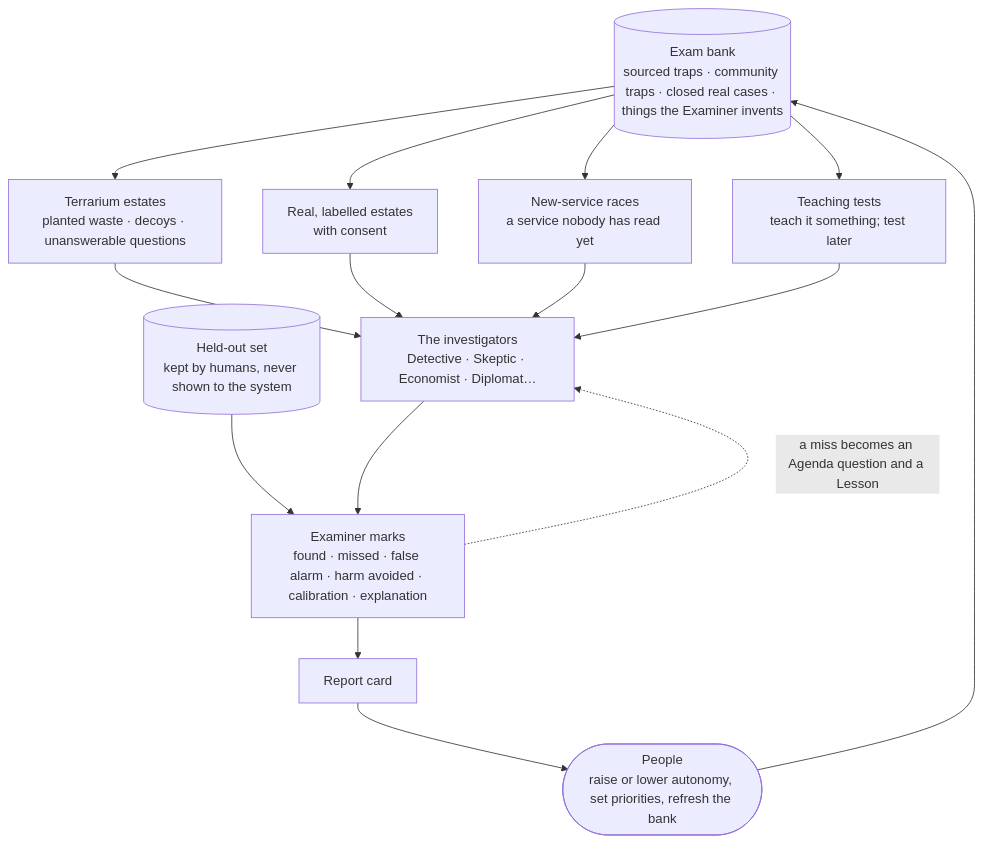
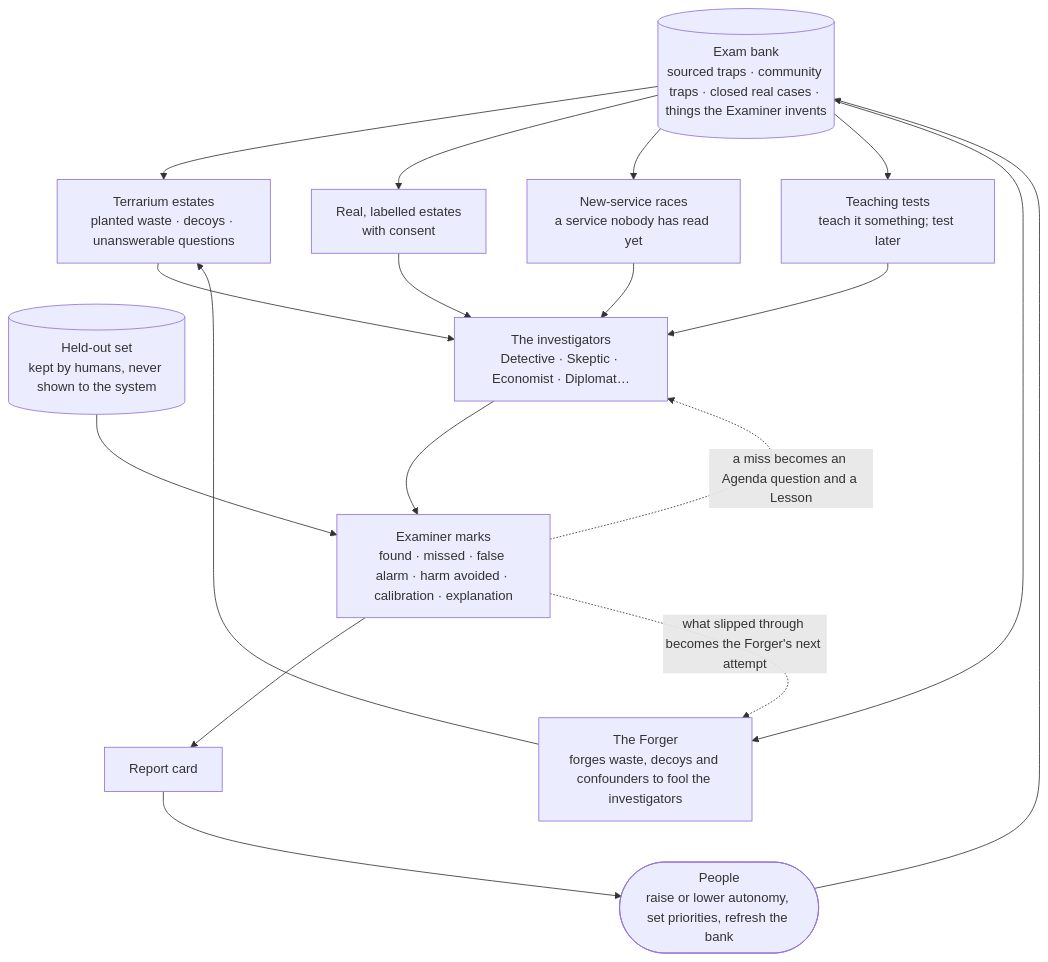
Before and after one commit to tinodo/meternaut: the diagram in docs/07-getting-smarter.md, drawn with Mermaid. The commit also changed other lines of this file and 28 other files, not shown here.

````diff
--- a/docs/07-getting-smarter.md
+++ b/docs/07-getting-smarter.md
@@ -73,27 +85,31 @@
 ```mermaid
 flowchart TB
     EB[("Exam bank<br/>sourced traps · community traps · closed real cases · things the Examiner invents")]
     HO[("Held-out set<br/>kept by humans, never shown to the system")]
+    FG["The Forger<br/>forges waste, decoys and confounders to fool the investigators"]
     TE["Terrarium estates<br/>planted waste · decoys · unanswerable questions"]
     RE["Real, labelled estates<br/>with consent"]
     NS["New-service races<br/>a service nobody has read yet"]
     TA["Teaching tests<br/>teach it something; test later"]
     IN["The investigators<br/>Detective · Skeptic · Economist · Diplomat…"]
     SC["Examiner marks<br/>found · missed · false alarm · harm avoided · calibration · explanation"]
     RC["Report card"]
     HU(["People<br/>raise or lower autonomy, set priorities, refresh the bank"])
     EB --> TE
     EB --> RE
     EB --> NS
     EB --> TA
+    EB --> FG
+    FG --> TE
     HO --> SC
     TE --> IN
     RE --> IN
     NS --> IN
     TA --> IN
     IN --> SC
     SC --> RC
     RC --> HU
     HU --> EB
+    SC -.->|"what slipped through becomes the Forger's next attempt"| FG
     SC -.->|"a miss becomes an Agenda question and a Lesson"| IN
 ```
````
